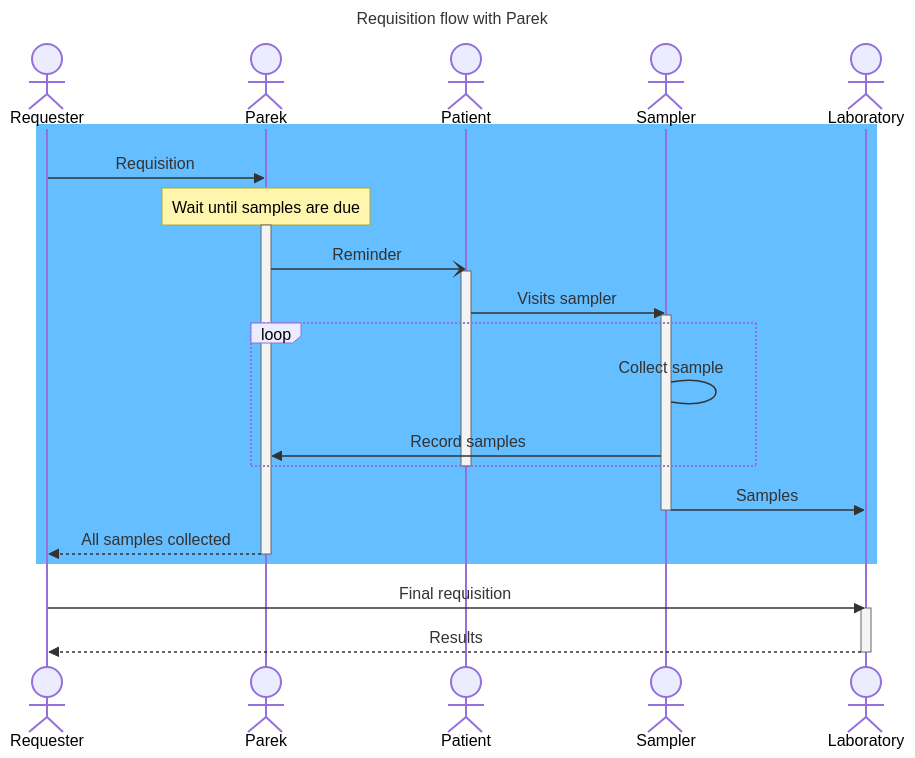
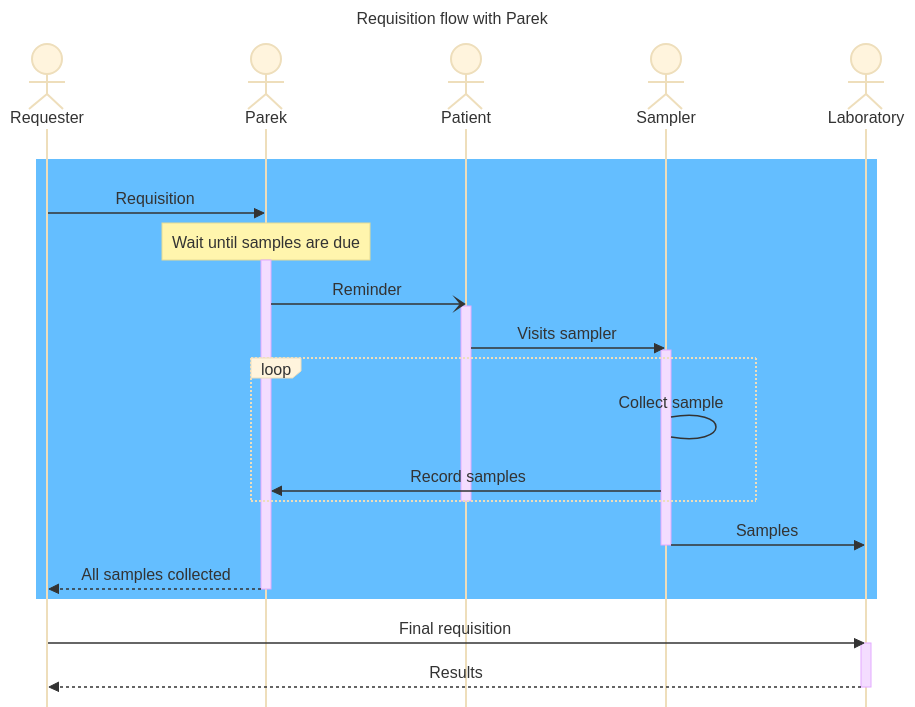
The second of 3 diagrams in ParekIG/input/pagecontent/index.md (HL7Norway/PasientensRekvisisjoner-Parek), drawn with Mermaid before and after one commit. The commit also changed other lines of this file, not shown here.

Commit message:
Try some more

````diff
--- a/ParekIG/input/pagecontent/index.md
+++ b/ParekIG/input/pagecontent/index.md
@@ -54,43 +54,43 @@
 ```mermaid
 ---
 title: Requisition flow with Parek
 ---
 %%{init: {
     'sequence': {
         'mirrorActors':false,
-        'useMaxHeight': 0,
-        'height':1000px
+        'useMaxHeight': false,
+        'height':100
         },
     'theme': 'base'
     }
 }%%
 sequenceDiagram
     actor Requester
     actor Parek
     actor Patient
     actor Sampler
     actor Laboratory
 
     rect rgb(100, 190, 255)
         Requester->>Parek: Requisition
         Note over Parek: Wait until samples are due
         activate Parek
         Parek-)Patient: Reminder
         activate Patient
         Patient->>Sampler: Visits sampler
         activate Sampler
         loop
             Sampler->Sampler: Collect sample
             Sampler->>Parek: Record samples
         end
         deactivate Patient
         Sampler->>Laboratory: Samples
         deactivate Sampler
         Parek-->>Requester: All samples collected
         deactivate Parek
     end
     Requester->>Laboratory: Final requisition
     activate Laboratory
     Laboratory-->>Requester: Results
     deactivate Laboratory
 ```
````
